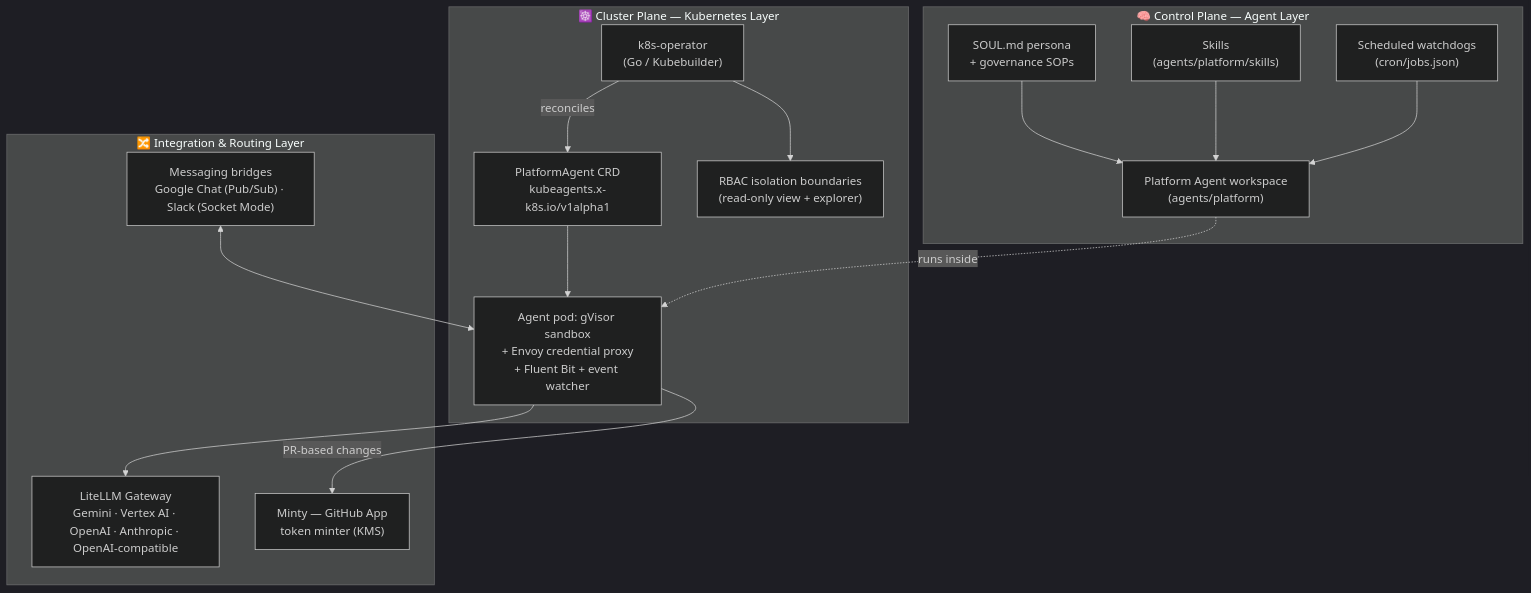
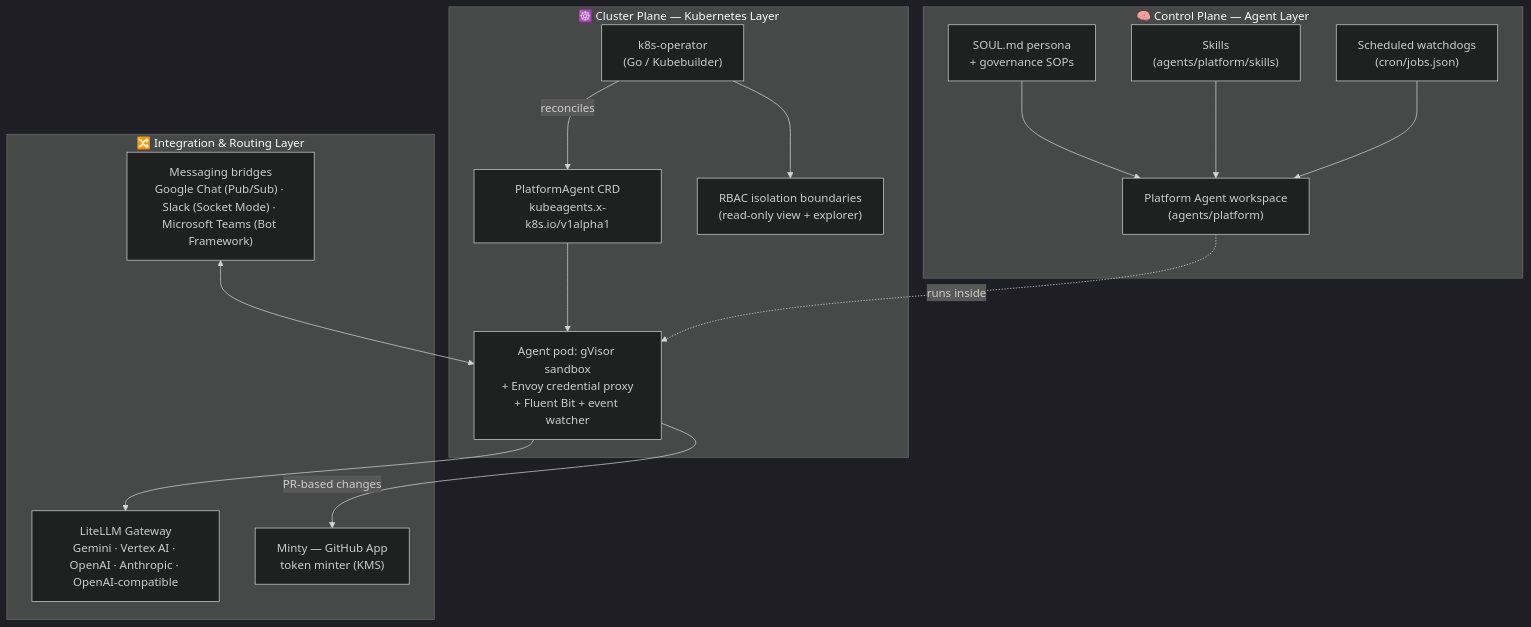
One commit to gke-labs/kube-agents changed the diagram in README.md. Above: the diagram before and after it, drawn with Mermaid (dark theme). The commit also changed other lines of this file and 5 other files, not shown here.

First line of the commit message:
docs: point customers at Microsoft Teams from the README and the docs site

````diff
--- a/README.md
+++ b/README.md
@@ -158,33 +158,33 @@
 ```mermaid
 flowchart TB
     subgraph agent["🧠 Control Plane — Agent Layer"]
         SOUL["SOUL.md persona<br/>+ governance SOPs"]
         SKILLS["Skills<br/>(agents/platform/skills)"]
         CRON["Scheduled watchdogs<br/>(cron/jobs.json)"]
         PA["Platform Agent workspace<br/>(agents/platform)"]
         SOUL --> PA
         SKILLS --> PA
         CRON --> PA
     end
 
     subgraph cluster["☸️ Cluster Plane — Kubernetes Layer"]
         OP["k8s-operator<br/>(Go / Kubebuilder)"]
         CRD["PlatformAgent CRD<br/>kubeagents.x-k8s.io/v1alpha1"]
         POD["Agent pod: gVisor sandbox<br/>+ Envoy credential proxy<br/>+ Fluent Bit + event watcher"]
         RBAC["RBAC isolation boundaries<br/>(read-only view + explorer)"]
         OP -->|reconciles| CRD
         CRD --> POD
         OP --> RBAC
     end
 
     subgraph integration["🔀 Integration & Routing Layer"]
         LLM["LiteLLM Gateway<br/>Gemini · Vertex AI · OpenAI · Anthropic · OpenAI-compatible"]
-        CHAT["Messaging bridges<br/>Google Chat (Pub/Sub) · Slack (Socket Mode)"]
+        CHAT["Messaging bridges<br/>Google Chat (Pub/Sub) · Slack (Socket Mode) · Microsoft Teams (Bot Framework)"]
         GH["Minty — GitHub App<br/>token minter (KMS)"]
     end
 
     PA -.runs inside.-> POD
     POD --> LLM
     CHAT <--> POD
     POD -->|PR-based changes| GH
 ```
````
